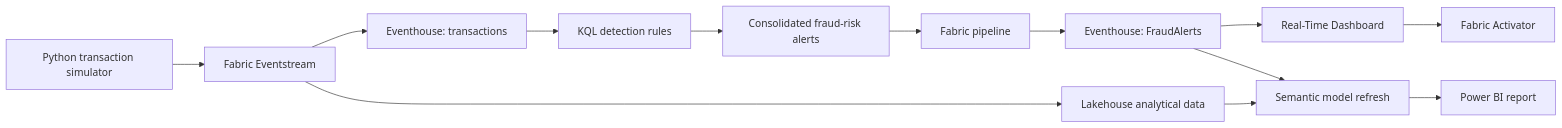
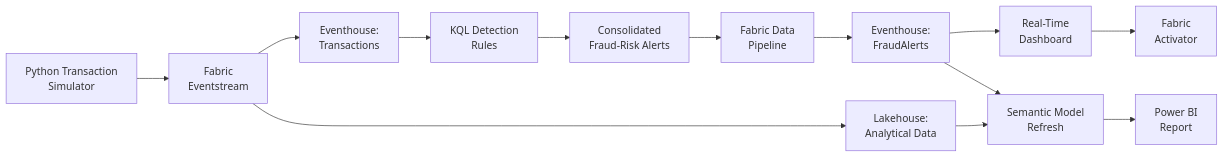
The diagram in README.md (SupreetTarwarkar/Real-Time-Banking-Fraud-Analytics), drawn with Mermaid before and after one commit.

Commit message:
docs: wrap architecture diagram labels for readability

````diff
--- a/README.md
+++ b/README.md
@@ -49,15 +49,15 @@
 ```mermaid
 flowchart LR
-    A["Python transaction simulator"] --> B["Fabric Eventstream"]
-    B --> C["Eventhouse: transactions"]
-    B --> D["Lakehouse analytical data"]
-    C --> E["KQL detection rules"]
-    E --> F["Consolidated fraud-risk alerts"]
-    F --> G["Fabric pipeline"]
-    G --> H["Eventhouse: FraudAlerts"]
-    H --> I["Real-Time Dashboard"]
-    H --> J["Semantic model refresh"]
+    A["Python Transaction<br/>Simulator"] --> B["Fabric<br/>Eventstream"]
+    B --> C["Eventhouse:<br/>Transactions"]
+    B --> D["Lakehouse:<br/>Analytical Data"]
+    C --> E["KQL Detection<br/>Rules"]
+    E --> F["Consolidated<br/>Fraud-Risk Alerts"]
+    F --> G["Fabric Data<br/>Pipeline"]
+    G --> H["Eventhouse:<br/>FraudAlerts"]
+    H --> I["Real-Time<br/>Dashboard"]
+    H --> J["Semantic Model<br/>Refresh"]
     D --> J
-    J --> K["Power BI report"]
-    I --> L["Fabric Activator"]
+    J --> K["Power BI<br/>Report"]
+    I --> L["Fabric<br/>Activator"]
 ```
````
